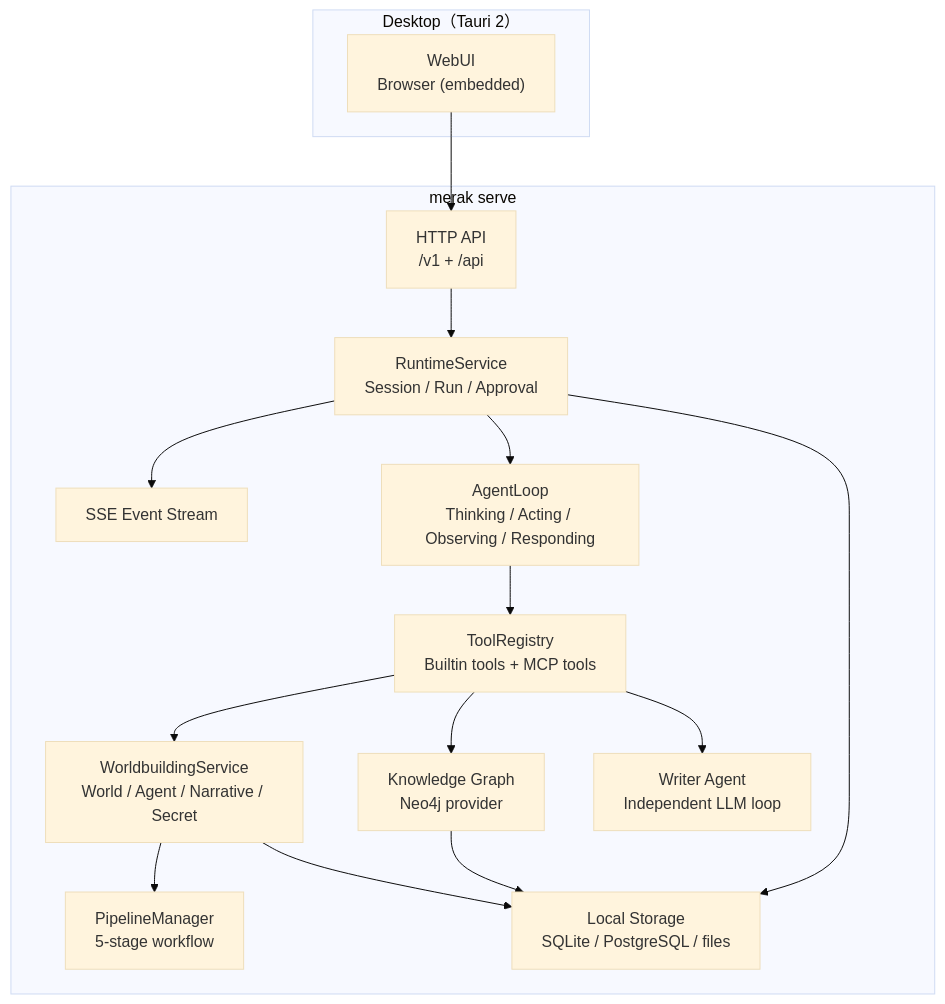
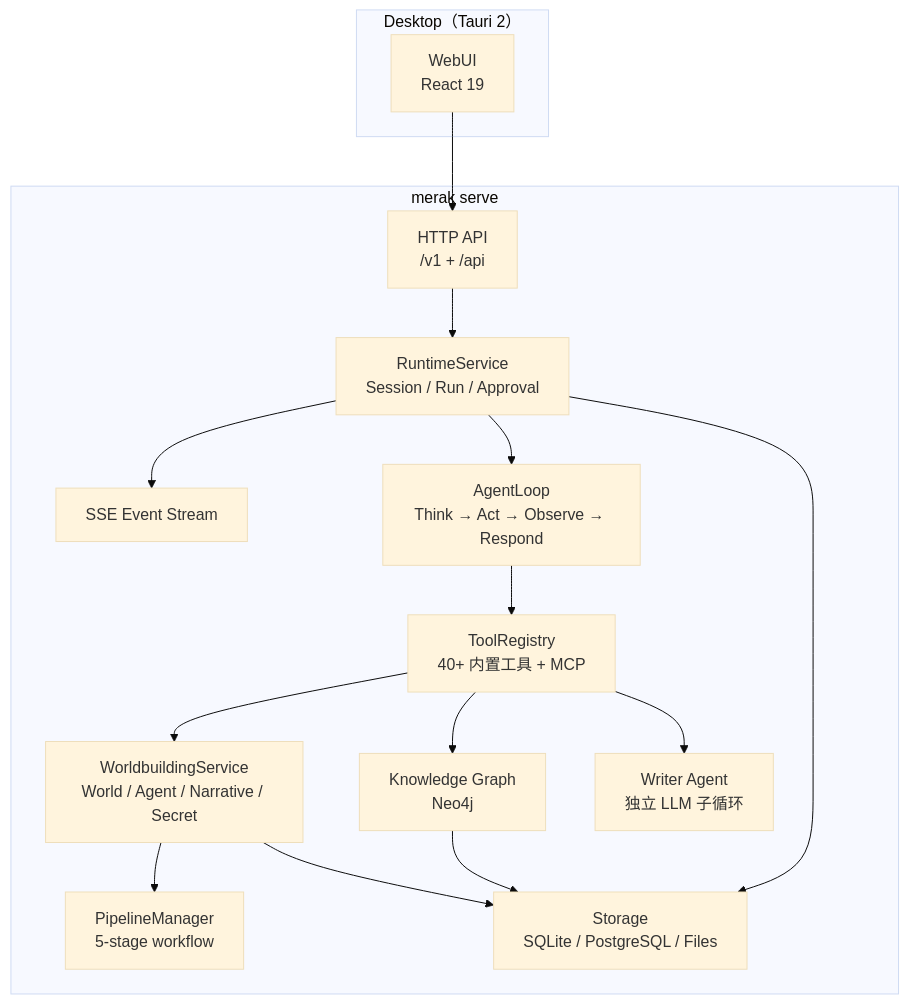
Before and after one commit to ULookup/Merak: the diagram in README.md, drawn with Mermaid (base theme). The commit also changed other lines of this file and 2 other files, not shown here.

````diff
--- a/README.md
+++ b/README.md
@@ -72,32 +112,32 @@
 ```mermaid
 flowchart TB
-  subgraph Clients["Desktop（Tauri 2）"]
-    WebUI["WebUI<br/>Browser (embedded)"]
+  subgraph Desktop["Desktop（Tauri 2）"]
+    WebUI["WebUI<br/>React 19"]
   end
 
   subgraph Server["merak serve"]
     HTTP["HTTP API<br/>/v1 + /api"]
     SSE["SSE Event Stream"]
     Runtime["RuntimeService<br/>Session / Run / Approval"]
-    Loop["AgentLoop<br/>Thinking / Acting / Observing / Responding"]
-    Tools["ToolRegistry<br/>Builtin tools + MCP tools"]
+    Loop["AgentLoop<br/>Think → Act → Observe → Respond"]
+    Tools["ToolRegistry<br/>40+ 内置工具 + MCP"]
     World["WorldbuildingService<br/>World / Agent / Narrative / Secret"]
-    KG["Knowledge Graph<br/>Neo4j provider"]
-    Writer["Writer Agent<br/>Independent LLM loop"]
+    KG["Knowledge Graph<br/>Neo4j"]
+    Writer["Writer Agent<br/>独立 LLM 子循环"]
     Pipeline["PipelineManager<br/>5-stage workflow"]
-    Storage["Local Storage<br/>SQLite / PostgreSQL / files"]
+    Storage["Storage<br/>SQLite / PostgreSQL / Files"]
   end
 
   WebUI --> HTTP
   HTTP --> Runtime
   Runtime --> SSE
   Runtime --> Loop
   Loop --> Tools
   Tools --> World
   Tools --> KG
   Tools --> Writer
   World --> Pipeline
   Runtime --> Storage
   World --> Storage
   KG --> Storage
 ```
````
